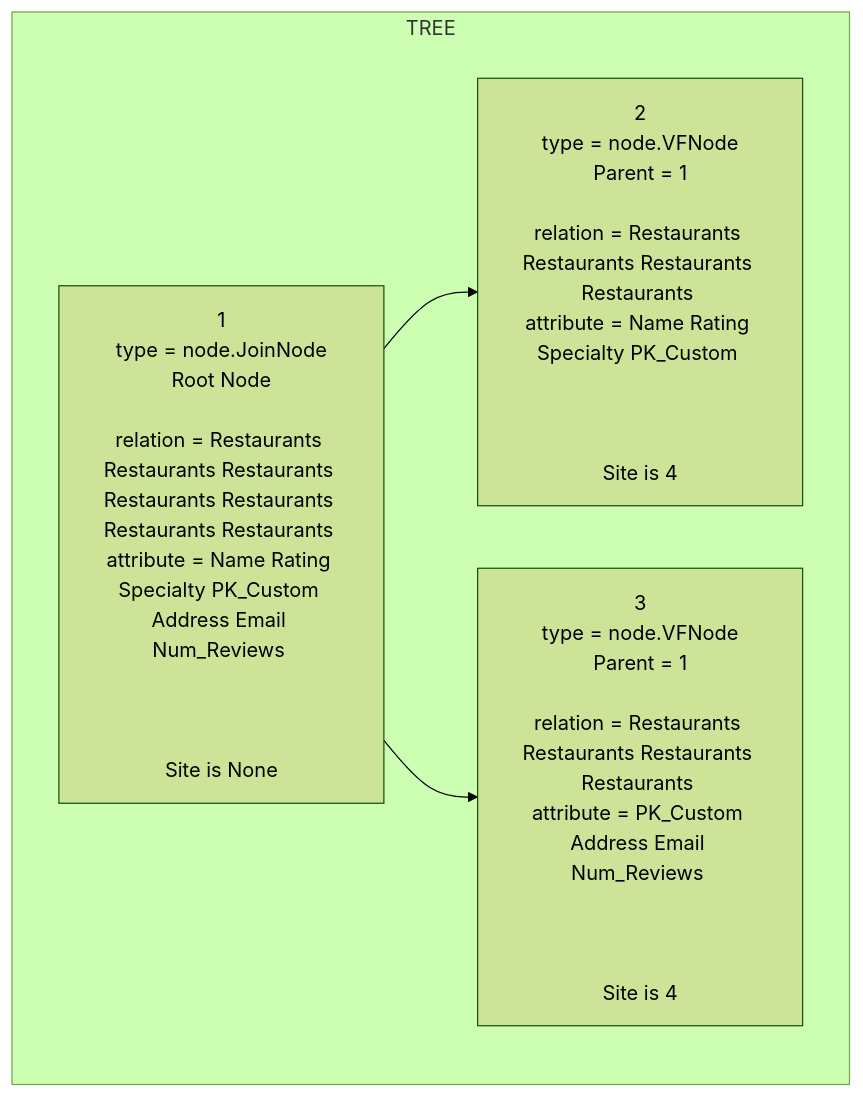
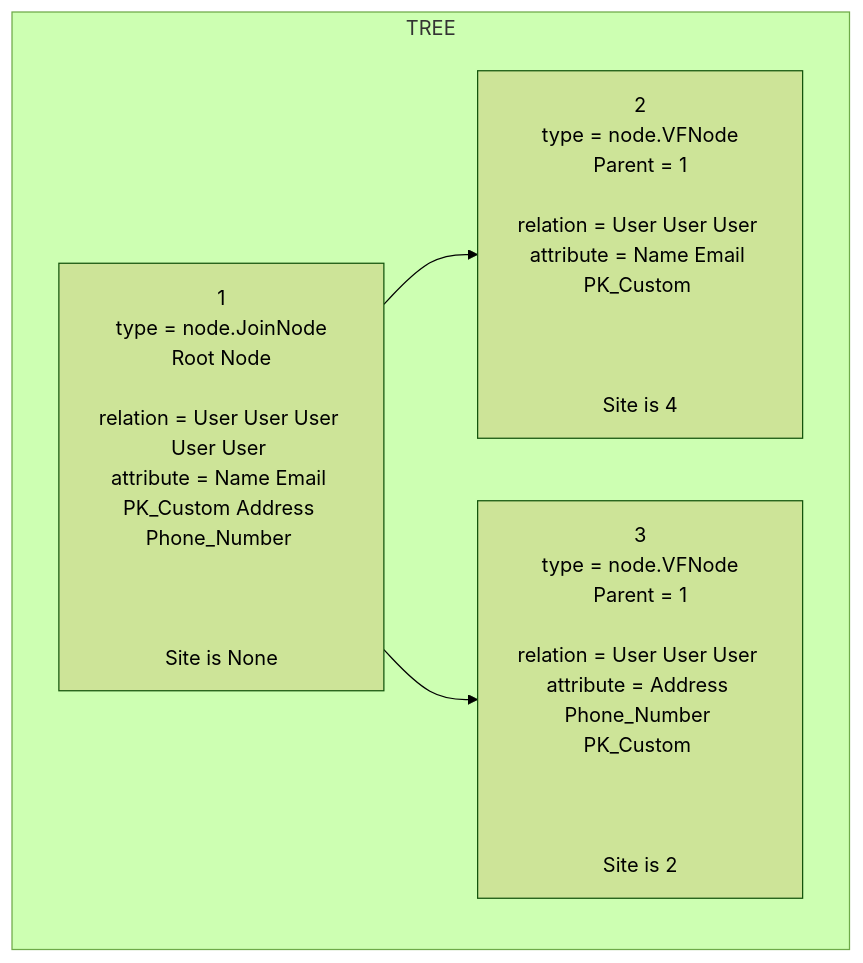
Before and after one commit to krtikgrg/Distributed_Database_System: the diagram in phase3/src/complete.md, drawn with Mermaid (forest theme). The commit also changed 5 other files, not shown here.

````diff
--- a/phase3/src/complete.md
+++ b/phase3/src/complete.md
@@ -1,10 +1,10 @@
 ```mermaid
 graph TD
 subgraph TREE
-1[1<br/>type = node.JoinNode<br/>Root Node<br/><br/>relation = Restaurants Restaurants Restaurants Restaurants Restaurants Restaurants Restaurants <br/>attribute = Name Rating Specialty PK_Custom Address Email Num_Reviews <br/><br/><br/><br/>Site is None<br/>]
-2[2<br/>type = node.VFNode<br/>Parent = 1<br/><br/>relation = Restaurants Restaurants Restaurants Restaurants <br/>attribute = Name Rating Specialty PK_Custom <br/><br/><br/><br/>Site is 4<br/>]
+1[1<br/>type = node.JoinNode<br/>Root Node<br/><br/>relation = User User User User User <br/>attribute = Name Email PK_Custom Address Phone_Number <br/><br/><br/><br/>Site is None<br/>]
+2[2<br/>type = node.VFNode<br/>Parent = 1<br/><br/>relation = User User User <br/>attribute = Name Email PK_Custom <br/><br/><br/><br/>Site is 4<br/>]
 1-->2
-3[3<br/>type = node.VFNode<br/>Parent = 1<br/><br/>relation = Restaurants Restaurants Restaurants Restaurants <br/>attribute = PK_Custom Address Email Num_Reviews <br/><br/><br/><br/>Site is 4<br/>]
+3[3<br/>type = node.VFNode<br/>Parent = 1<br/><br/>relation = User User User <br/>attribute = Address Phone_Number PK_Custom <br/><br/><br/><br/>Site is 2<br/>]
 1-->3
 end
 ```
````
